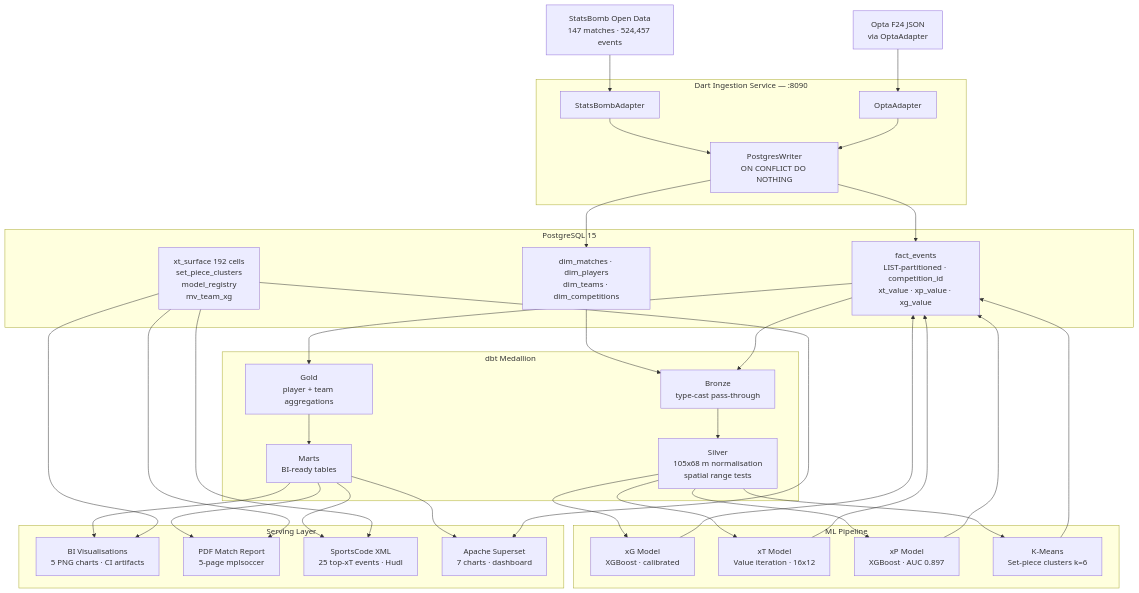
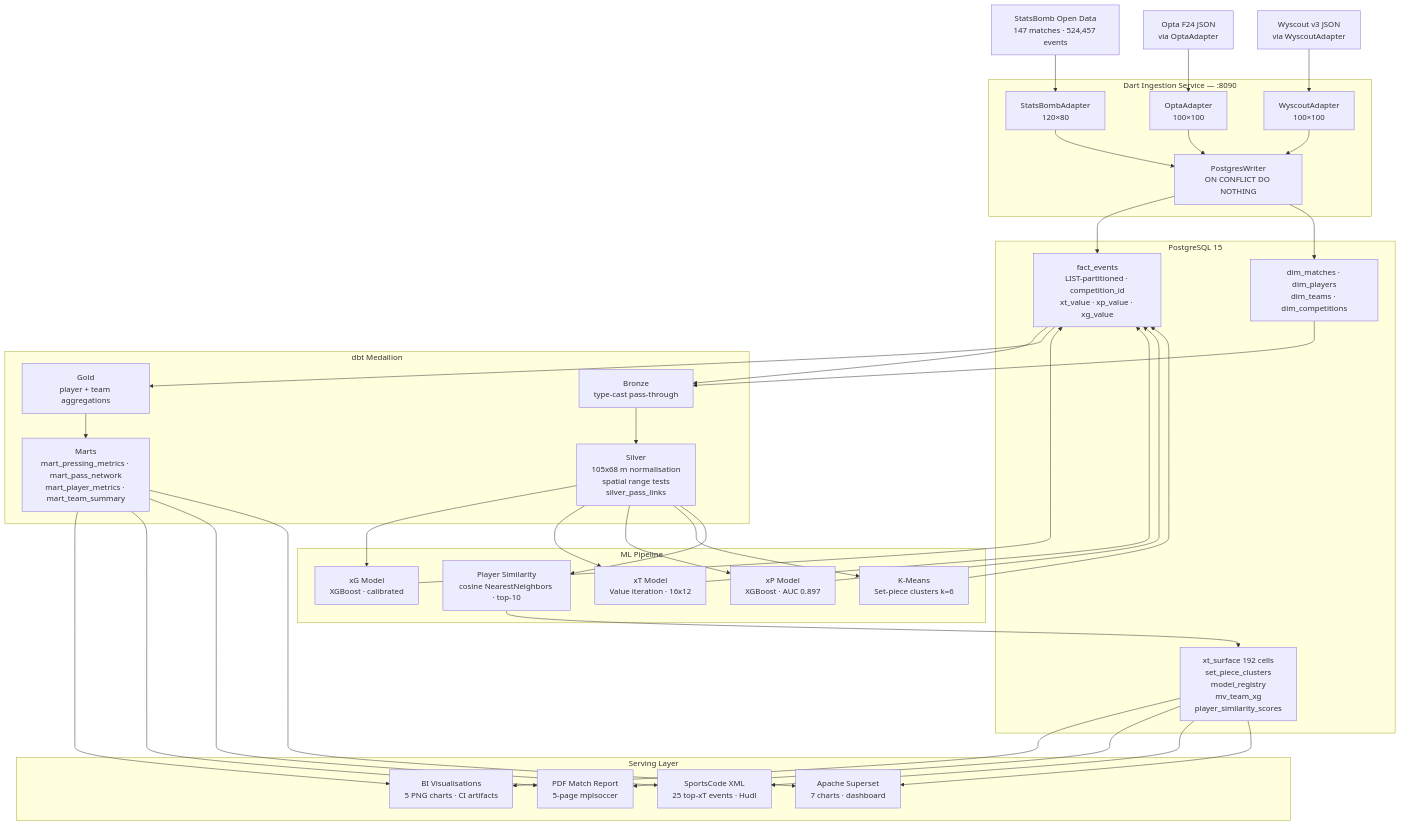
One commit to bbasaranemir/xforge changed the diagram in README.md. Above: the diagram before and after it, drawn with Mermaid. The commit also changed other lines of this file, not shown here.

````diff
--- a/README.md
+++ b/README.md
@@ -66,47 +71,52 @@
 ```mermaid
 flowchart TD
     SB["StatsBomb Open Data\n147 matches · 524,457 events"]
     OA["Opta F24 JSON\nvia OptaAdapter"]
+    WY["Wyscout v3 JSON\nvia WyscoutAdapter"]
 
     subgraph DART["Dart Ingestion Service — :8090"]
-        SA["StatsBombAdapter"]
-        OPT["OptaAdapter"]
+        SA["StatsBombAdapter\n120×80"]
+        OPT["OptaAdapter\n100×100"]
+        WSC["WyscoutAdapter\n100×100"]
         PW["PostgresWriter\nON CONFLICT DO NOTHING"]
     end
 
     subgraph PG["PostgreSQL 15"]
         FE["fact_events\nLIST-partitioned · competition_id\nxt_value · xp_value · xg_value"]
         DIM["dim_matches · dim_players\ndim_teams · dim_competitions"]
-        AUX["xt_surface 192 cells\nset_piece_clusters\nmodel_registry\nmv_team_xg"]
+        AUX["xt_surface 192 cells\nset_piece_clusters\nmodel_registry\nmv_team_xg\nplayer_similarity_scores"]
     end
 
     subgraph DBT["dbt Medallion"]
         BR["Bronze\ntype-cast pass-through"]
-        SL["Silver\n105x68 m normalisation\nspatial range tests"]
+        SL["Silver\n105x68 m normalisation\nspatial range tests\nsilver_pass_links"]
         GD["Gold\nplayer + team aggregations"]
-        MT["Marts\nBI-ready tables"]
+        MT["Marts\nmart_pressing_metrics · mart_pass_network\nmart_player_metrics · mart_team_summary"]
     end
 
     subgraph ML["ML Pipeline"]
         XG["xG Model\nXGBoost · calibrated"]
         XT["xT Model\nValue iteration · 16x12"]
         XP["xP Model\nXGBoost · AUC 0.897"]
         KM["K-Means\nSet-piece clusters k=6"]
+        PS["Player Similarity\ncosine NearestNeighbors · top-10"]
     end
 
     subgraph SERVE["Serving Layer"]
         VIZ["BI Visualisations\n5 PNG charts · CI artifacts"]
         PDF["PDF Match Report\n5-page mplsoccer"]
         XML["SportsCode XML\n25 top-xT events · Hudl"]
         SUP["Apache Superset\n7 charts · dashboard"]
     end
 
     SB --> SA
     OA --> OPT
-    SA & OPT --> PW --> FE & DIM
+    WY --> WSC
+    SA & OPT & WSC --> PW --> FE & DIM
     DIM & FE --> BR --> SL
-    SL --> XG & XT & XP & KM
+    SL --> XG & XT & XP & KM & PS
     XG & XT & XP & KM --> FE
+    PS --> AUX
     FE --> GD --> MT
     MT & AUX --> VIZ & PDF & XML & SUP
 ```
````
